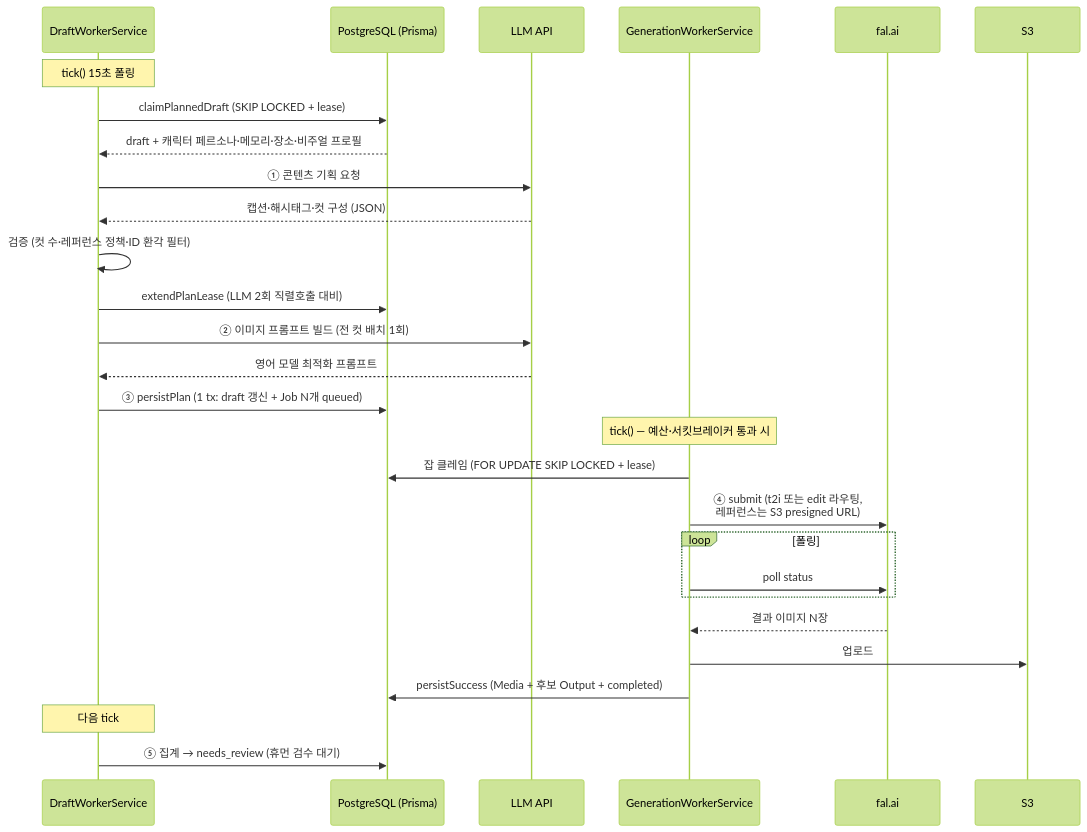
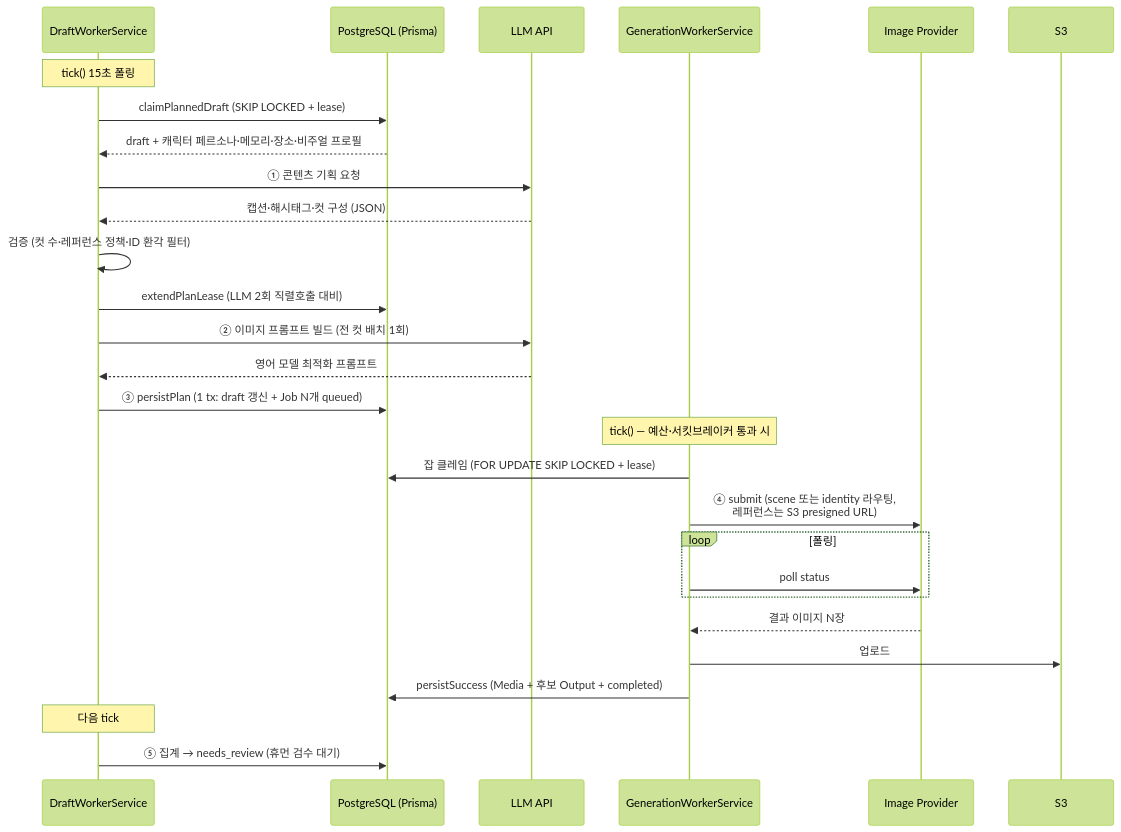
Before and after one commit to TaehoHong/opod-admin: the fourth of 6 diagrams in docs/post-creation-agent-workflow.md, drawn with Mermaid (forest theme). The commit also changed other lines of this file and 20 other files, not shown here.

Commit message:
feat: integrate opod-flux v1 image provider

````diff
--- a/docs/post-creation-agent-workflow.md
+++ b/docs/post-creation-agent-workflow.md
@@ -153,33 +153,33 @@
 ```mermaid
 sequenceDiagram
     participant DW as DraftWorkerService
     participant DB as PostgreSQL (Prisma)
     participant LLM as LLM API
     participant GW as GenerationWorkerService
-    participant FAL as fal.ai
+    participant IMAGE_PROVIDER as Image Provider
     participant S3 as S3
 
     Note over DW: tick() 15초 폴링
     DW->>DB: claimPlannedDraft (SKIP LOCKED + lease)
     DB-->>DW: draft + 캐릭터 페르소나·메모리·장소·비주얼 프로필
     DW->>LLM: ① 콘텐츠 기획 요청
     LLM-->>DW: 캡션·해시태그·컷 구성 (JSON)
     DW->>DW: 검증 (컷 수·레퍼런스 정책·ID 환각 필터)
     DW->>DB: extendPlanLease (LLM 2회 직렬호출 대비)
     DW->>LLM: ② 이미지 프롬프트 빌드 (전 컷 배치 1회)
     LLM-->>DW: 영어 모델 최적화 프롬프트
     DW->>DB: ③ persistPlan (1 tx: draft 갱신 + Job N개 queued)
 
     Note over GW: tick() — 예산·서킷브레이커 통과 시
     GW->>DB: 잡 클레임 (FOR UPDATE SKIP LOCKED + lease)
-    GW->>FAL: ④ submit (t2i 또는 edit 라우팅,<br/>레퍼런스는 S3 presigned URL)
+    GW->>IMAGE_PROVIDER: ④ submit (scene 또는 identity 라우팅,<br/>레퍼런스는 S3 presigned URL)
     loop 폴링
-        GW->>FAL: poll status
+        GW->>IMAGE_PROVIDER: poll status
     end
-    FAL-->>GW: 결과 이미지 N장
+    IMAGE_PROVIDER-->>GW: 결과 이미지 N장
     GW->>S3: 업로드
     GW->>DB: persistSuccess (Media + 후보 Output + completed)
 
     Note over DW: 다음 tick
     DW->>DB: ⑤ 집계 → needs_review (휴먼 검수 대기)
 ```
````
